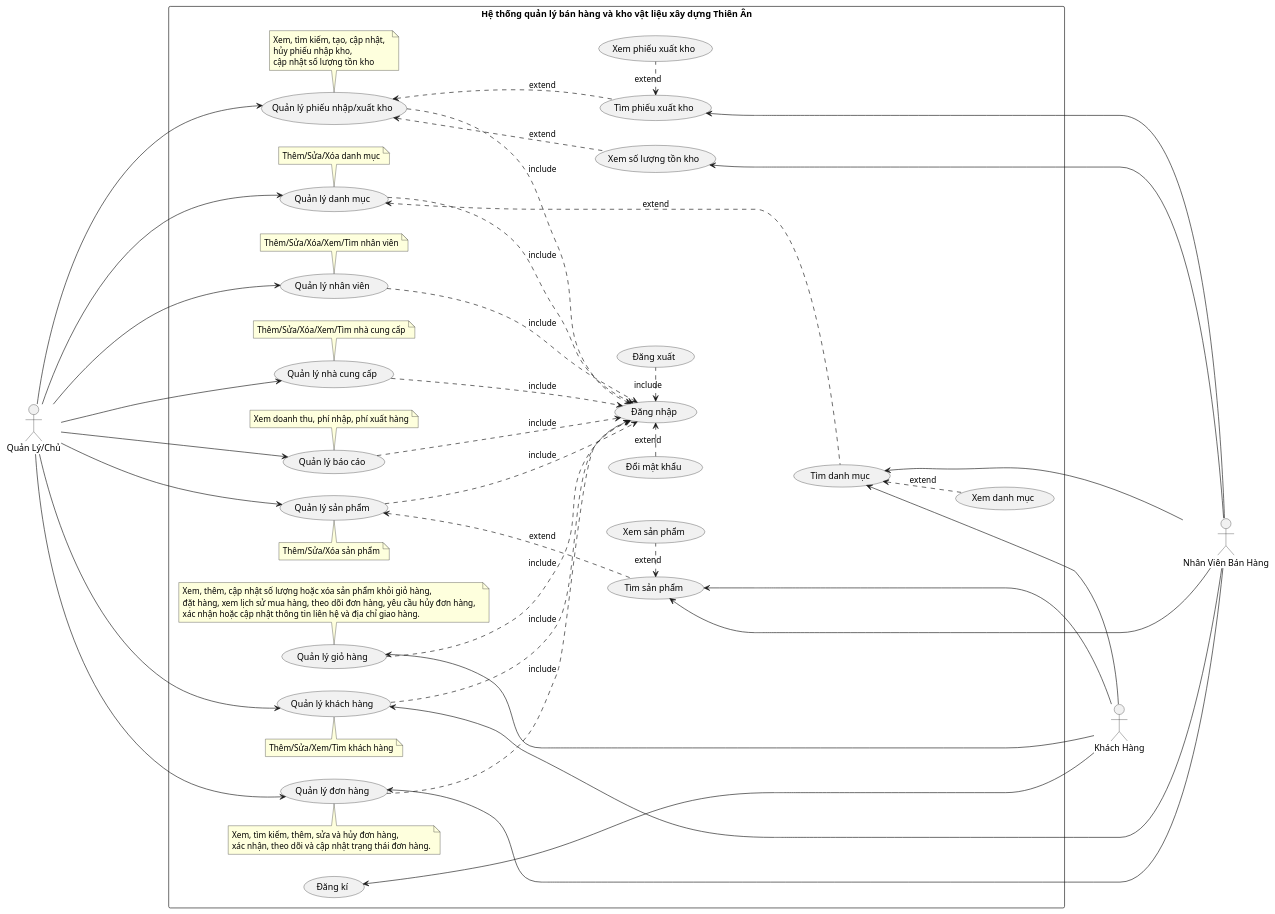
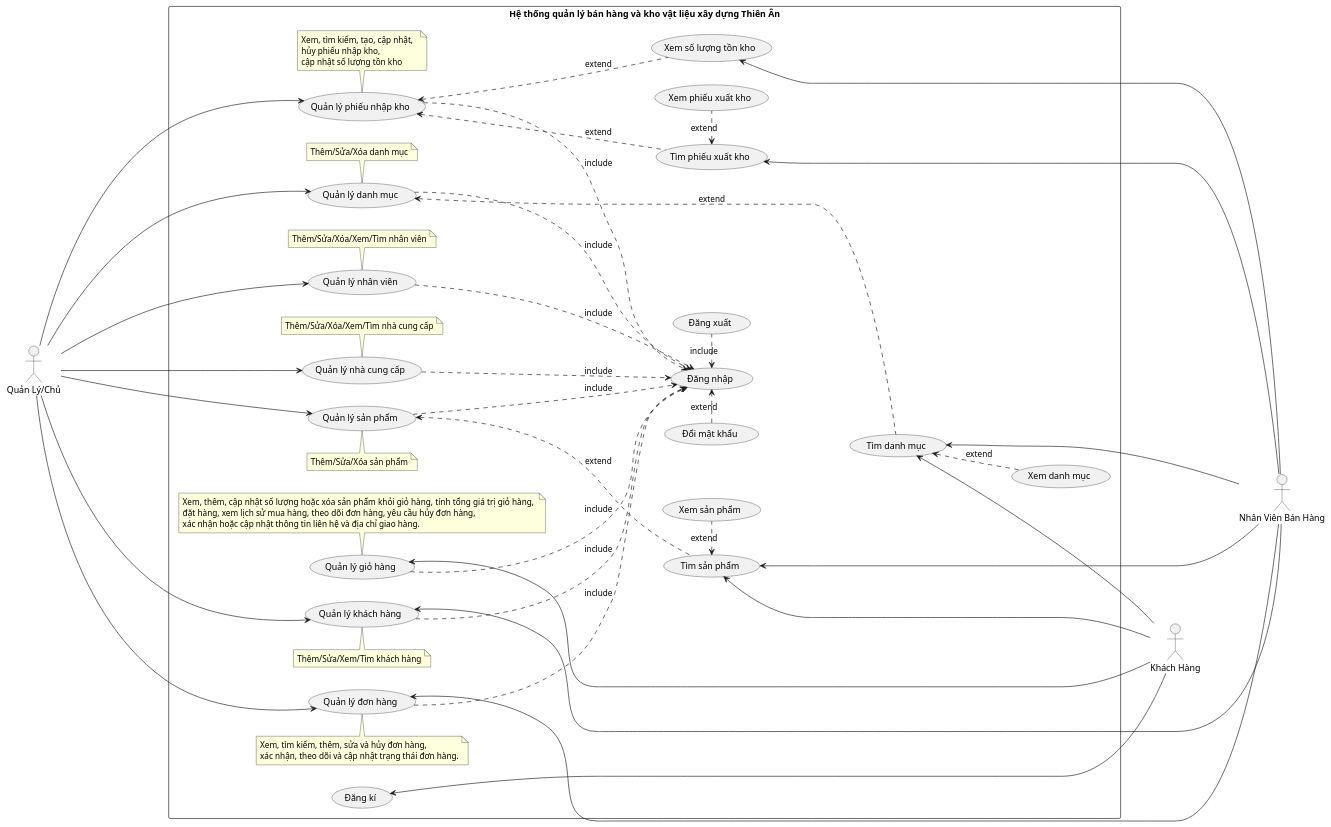
One commit to ThanhdatOris/LAB2211 changed the diagram in assets/plantuml/Sinoo/SinooUC.puml. Above: the diagram before and after it, drawn with PlantUML. The commit also changed 1 other file, not shown here.

Commit message:
fix uc class order product and report in usecase

```diff
--- a/assets/plantuml/Sinoo/SinooUC.puml
+++ b/assets/plantuml/Sinoo/SinooUC.puml
@@ -1,157 +1,157 @@
 @startuml SinooUC
 
 skinparam shadowing false
 left to right direction
 
 actor "Khách Hàng" as KH
 actor "Quản Lý/Chủ" as NVQL
 actor "Nhân Viên Bán Hàng" as NVBH
 
 rectangle "Hệ thống quản lý bán hàng và kho vật liệu xây dựng Thiên Ân" {
 
 '>>>>>>>>>>>>>>> Khai báo >>>>>>>>>>>>>>>
 'Danh mục sp
 Usecase QLDMSP as "Quản lý danh mục"
 note bottom of QLDMSP: Thêm/Sửa/Xóa danh mục
 (Xem danh mục) as XEM_DMSP
 (Tìm danh mục) as TIM_DMSP
  TIM_DMSP <.. XEM_DMSP: extend
 
 'Kho hàng
-Usecase QLKHO as "Quản lý phiếu nhập/xuất kho"
+Usecase QLKHO as "Quản lý phiếu nhập kho"
 note bottom of QLKHO : Xem, tìm kiếm, tạo, cập nhật,  \nhủy phiếu nhập kho,  \ncập nhật số lượng tồn kho 
 (Xem số lượng tồn kho) as XEM_HANG
 (Xem phiếu xuất kho) as XEM_PXK
 (Tìm phiếu xuất kho) as TIM_PXK
 TIM_PXK <. XEM_PXK: extend
 
 'Nhân viên
 Usecase QLNV as "Quản lý nhân viên"
 note bottom of QLNV: Thêm/Sửa/Xóa/Xem/Tìm nhân viên
 
 'Nhà cung cấp
 Usecase QLNCC as "Quản lý nhà cung cấp"
 note bottom of QLNCC: Thêm/Sửa/Xóa/Xem/Tìm nhà cung cấp
 ' (Tìm nhà cung cấp) as TIM_NCC
 
 'Báo cáo
-(Quản lý báo cáo) as QLBC
-note bottom of QLBC: Xem doanh thu, phí nhập, phí xuất hàng
+' (Quản lý báo cáo) as QLBC
+' note bottom of QLBC: Xem doanh thu, phí nhập, phí xuất hàng
 
 'Khách hàng
 (Quản lý khách hàng) as QLKH
 note top of QLKH: Thêm/Sửa/Xem/Tìm khách hàng
 
 'Đơn hàng
 Usecase QLDH as "Quản lý đơn hàng"
 note top of QLDH: Xem, tìm kiếm, thêm, sửa và hủy đơn hàng,  \nxác nhận, theo dõi và cập nhật trạng thái đơn hàng.
 ' (Tìm đơn) as TIM_DH
 ' (Xem đơn) as XEM_DH
 
 'Sản phẩm
 Usecase QLSP as "Quản lý sản phẩm"
 note top of QLSP: Thêm/Sửa/Xóa sản phẩm
 (Xem sản phẩm) as XEM_SP
 (Tìm sản phẩm) as TIM_SP
  TIM_SP <. XEM_SP: extend
 
 'Giỏ hàng
 Usecase QLGH as "Quản lý giỏ hàng"
-note bottom of QLGH: Xem, thêm, cập nhật số lượng hoặc xóa sản phẩm khỏi giỏ hàng,  \nđặt hàng, xem lịch sử mua hàng,  theo dõi đơn hàng, yêu cầu hủy đơn hàng,  \nxác nhận hoặc cập nhật thông tin liên hệ và địa chỉ giao hàng.
+note bottom of QLGH: Xem, thêm, cập nhật số lượng hoặc xóa sản phẩm khỏi giỏ hàng,  tính tổng giá trị giỏ hàng, \nđặt hàng, xem lịch sử mua hàng,  theo dõi đơn hàng, yêu cầu hủy đơn hàng,  \nxác nhận hoặc cập nhật thông tin liên hệ và địa chỉ giao hàng.
 ' (Xem giỏ hàng) as XEM_GH
 '   XEM_GH .>  QLGH: extend
 
 
 'Đăng nhập, đăng xuất
 (Đăng xuất) as Logout
 (Đăng nhập) as Login
 (Đăng kí) as SignUp
 (Đổi mật khẩu) as ChangePass
 
 Login  <.  Logout: include
 ChangePass .> Login : extend
 
 '>>>>>>>>>>>>>>> Gán đối tượng >>>>>>>>>>>>>>
 QLDMSP ...> Login : include
-QLBC ...> Login : include
+' QLBC ...> Login : include
 QLDH ...> Login : include
 QLGH ...> Login : include
 QLSP ...> Login : include
 QLNCC ...> Login : include
 QLKH ...> Login : include
 QLNV ...> Login : include
 QLKHO ...> Login : include
 
 '----------- Nhân Viên Quản lý -----------
 NVQL --> QLSP
 NVQL ----> QLDMSP
 NVQL --> QLKHO
 NVQL --> QLNV
 NVQL --> QLNCC
-NVQL --> QLBC
+' NVQL --> QLBC
 NVQL --> QLKH 
 NVQL --> QLDH 
 
 'Tài khoản
 ' NVQL ---> Login
 
 'Sản phẩm
 QLSP <... TIM_SP: extend
 
 'Danh mục sp
 QLDMSP <..... TIM_DMSP: extend
 
 'Kho hàng
 QLKHO <... XEM_HANG: extend
 QLKHO <... TIM_PXK: extend
 
 'Nhân viên
 
 'Nhà cung cấp
 ' QLNCC <.. TIM_NCC: extend
 
 'Báo cáo
 
 'Khách hàng
 
 'Đơn hàng
 
 
 '----------- Nhân Viên Bán Hàng -----------
 QLDH <- NVBH
 QLKH <-- NVBH
 
 'Tài khoản
 ' Login <--- NVBH
 
 'Kho
 XEM_HANG <--- NVBH
 
 'Danh mục
 TIM_DMSP <---- NVBH
 
 'Kho hàng
 TIM_PXK <--- NVBH
 
 'Sản phẩm
 TIM_SP <-- NVBH
 
 '----------- Khách Hàng -----------
 QLGH <-- KH
 
 'Tài khoản
 SignUp <- KH
 ' Login <-- KH
 
 'Giỏ hàng
 ' XEM_GH <-- KH
 
 'Sản phẩm
 TIM_SP <---- KH
 
 'Danh mục
 TIM_DMSP <--- KH
 
 }
 
 @enduml
```
